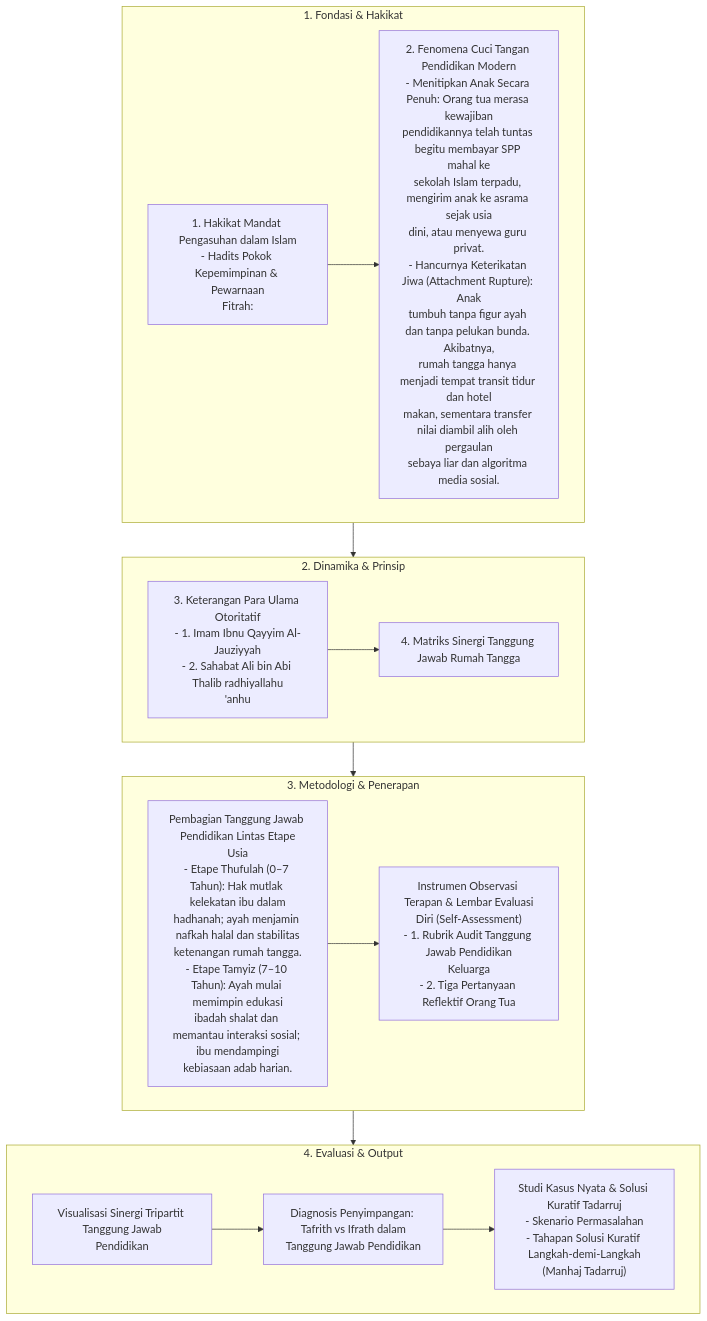
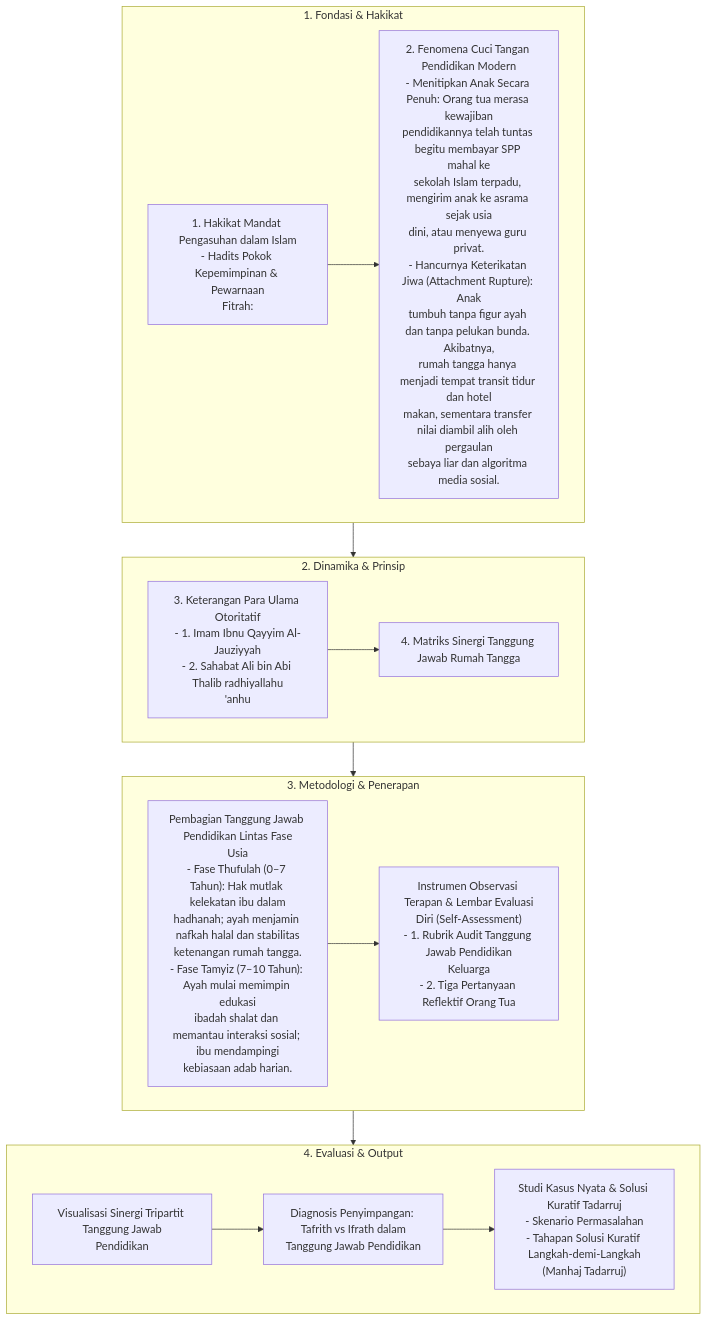
The diagram in content_flow/Dokumen Pendidikan Karakter Nabawiyah/Paradigma & Implementasi/Implementasi/Peran & Tanggung Jawab/Tanggung Jawab Pendidikan.md (decaller/wiki-pkn), drawn with Mermaid before and after one commit. The commit also changed 410 other files, not shown here.

Commit message:
feat: create master Glosarium and purify terminology across repo (etape -> fase, archetype -> uswah)

````diff
--- a/content_flow/Dokumen Pendidikan Karakter Nabawiyah/Paradigma & Implementasi/Implementasi/Peran & Tanggung Jawab/Tanggung Jawab Pendidikan.md
+++ b/content_flow/Dokumen Pendidikan Karakter Nabawiyah/Paradigma & Implementasi/Implementasi/Peran & Tanggung Jawab/Tanggung Jawab Pendidikan.md
@@ -10,32 +10,32 @@
 ```mermaid
 flowchart TD
     subgraph S1["1. Fondasi & Hakikat"]
         N1_1["1. Hakikat Mandat Pengasuhan dalam Islam<br/>- Hadits Pokok Kepemimpinan & Pewarnaan<br/>Fitrah:"]
         N1_2["2. Fenomena Cuci Tangan Pendidikan Modern<br/>- Menitipkan Anak Secara Penuh: Orang tua merasa kewajiban<br/>pendidikannya telah tuntas begitu membayar SPP mahal ke<br/>sekolah Islam terpadu, mengirim anak ke asrama sejak usia<br/>dini, atau menyewa guru privat.<br/>- Hancurnya Keterikatan Jiwa (Attachment Rupture): Anak<br/>tumbuh tanpa figur ayah dan tanpa pelukan bunda. Akibatnya,<br/>rumah tangga hanya menjadi tempat transit tidur dan hotel<br/>makan, sementara transfer nilai diambil alih oleh pergaulan<br/>sebaya liar dan algoritma media sosial."]
         N1_1 --> N1_2
     end
 
     subgraph S2["2. Dinamika & Prinsip"]
         N2_1["3. Keterangan Para Ulama Otoritatif<br/>- 1. Imam Ibnu Qayyim Al-Jauziyyah<br/>- 2. Sahabat Ali bin Abi Thalib radhiyallahu<br/>'anhu"]
         N2_2["4. Matriks Sinergi Tanggung Jawab Rumah Tangga"]
         N2_1 --> N2_2
     end
 
     subgraph S3["3. Metodologi & Penerapan"]
-        N3_1["Pembagian Tanggung Jawab Pendidikan Lintas Etape<br/>Usia<br/>- Etape Thufulah (0–7 Tahun): Hak mutlak kelekatan ibu dalam<br/>hadhanah; ayah menjamin nafkah halal dan stabilitas<br/>ketenangan rumah tangga.<br/>- Etape Tamyiz (7–10 Tahun): Ayah mulai memimpin edukasi<br/>ibadah shalat dan memantau interaksi sosial; ibu mendampingi<br/>kebiasaan adab harian."]
+        N3_1["Pembagian Tanggung Jawab Pendidikan Lintas Fase<br/>Usia<br/>- Fase Thufulah (0–7 Tahun): Hak mutlak kelekatan ibu dalam<br/>hadhanah; ayah menjamin nafkah halal dan stabilitas<br/>ketenangan rumah tangga.<br/>- Fase Tamyiz (7–10 Tahun): Ayah mulai memimpin edukasi<br/>ibadah shalat dan memantau interaksi sosial; ibu mendampingi<br/>kebiasaan adab harian."]
         N3_2["Instrumen Observasi Terapan & Lembar Evaluasi<br/>Diri (Self-Assessment)<br/>- 1. Rubrik Audit Tanggung Jawab Pendidikan<br/>Keluarga<br/>- 2. Tiga Pertanyaan Reflektif Orang Tua"]
         N3_1 --> N3_2
     end
 
     subgraph S4["4. Evaluasi & Output"]
         N4_1["Visualisasi Sinergi Tripartit Tanggung Jawab<br/>Pendidikan"]
         N4_2["Diagnosis Penyimpangan: Tafrith vs Ifrath dalam<br/>Tanggung Jawab Pendidikan"]
         N4_1 --> N4_2
         N4_3["Studi Kasus Nyata & Solusi Kuratif Tadarruj<br/>- Skenario Permasalahan<br/>- Tahapan Solusi Kuratif Langkah-demi-Langkah<br/>(Manhaj Tadarruj)"]
         N4_2 --> N4_3
     end
 
     S1 --> S2
     S2 --> S3
     S3 --> S4
 ```
````
